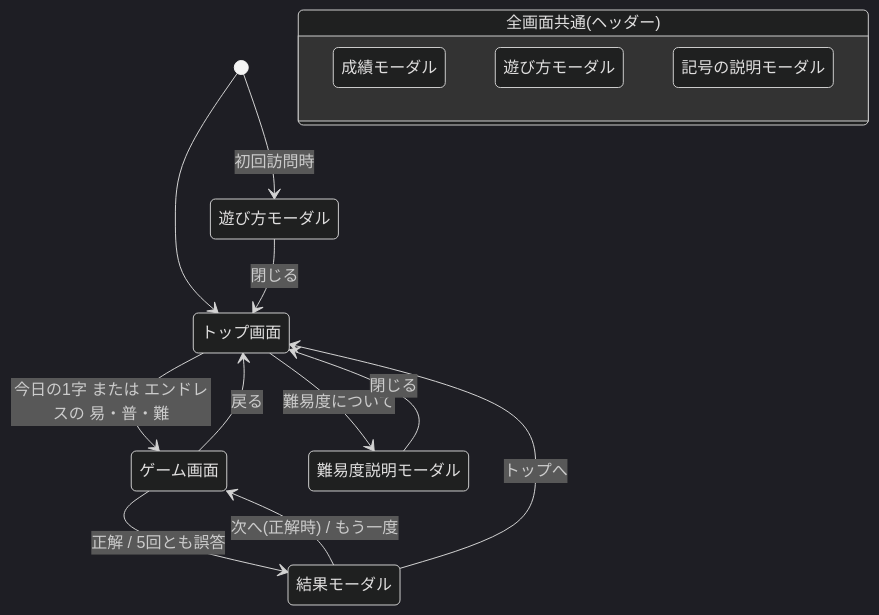
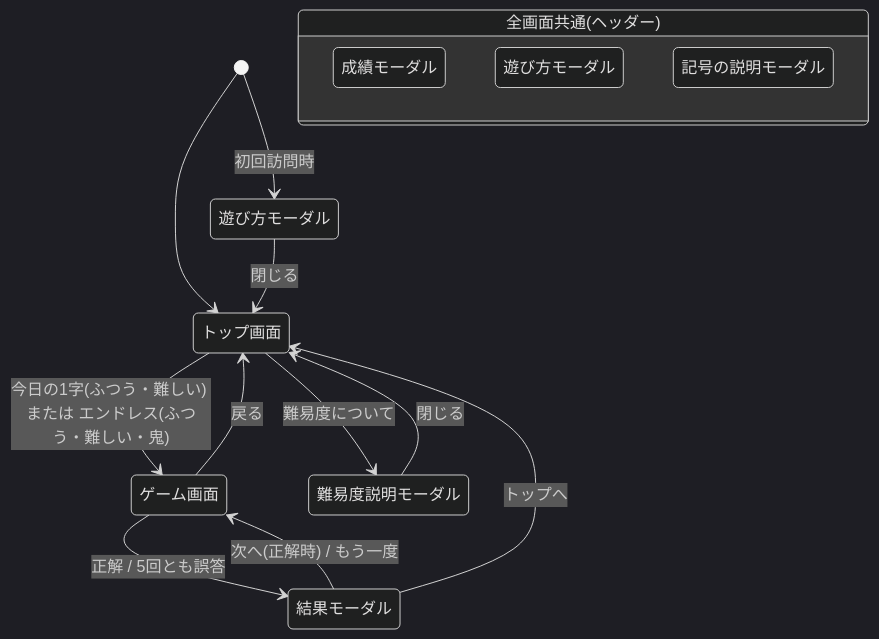
One commit to ur0o/nazotte-kanji changed the diagram in specification/02-ui-and-screens.md. Above: the diagram before and after it, drawn with Mermaid (dark theme). The commit also changed other lines of this file and 3 other files, not shown here.

````diff
--- a/specification/02-ui-and-screens.md
+++ b/specification/02-ui-and-screens.md
@@ -90,27 +90,27 @@
 ```mermaid
 stateDiagram-v2
     [*] --> Top
     [*] --> HowTo: 初回訪問時
     HowTo --> Top: 閉じる
 
-    Top --> Game: 今日の1字 または エンドレスの 易・普・難
+    Top --> Game: 今日の1字(ふつう・難しい) または エンドレス(ふつう・難しい・鬼)
     Top --> DifficultyHelp: 難易度について
     DifficultyHelp --> Top: 閉じる
 
     Game --> Result: 正解 / 5回とも誤答
     Result --> Game: 次へ(正解時) / もう一度
     Result --> Top: トップへ
     Game --> Top: 戻る
 
     state "全画面共通(ヘッダー)" as Common {
         Stats: 成績モーダル
         HowTo2: 遊び方モーダル
         Symbols: 記号の説明モーダル
     }
 
     Top: トップ画面
     Game: ゲーム画面
     Result: 結果モーダル
     HowTo: 遊び方モーダル
     DifficultyHelp: 難易度説明モーダル
 ```
````
